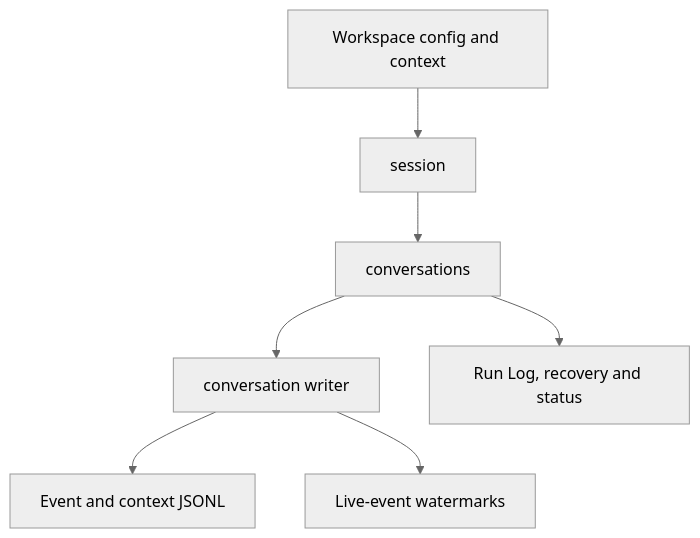
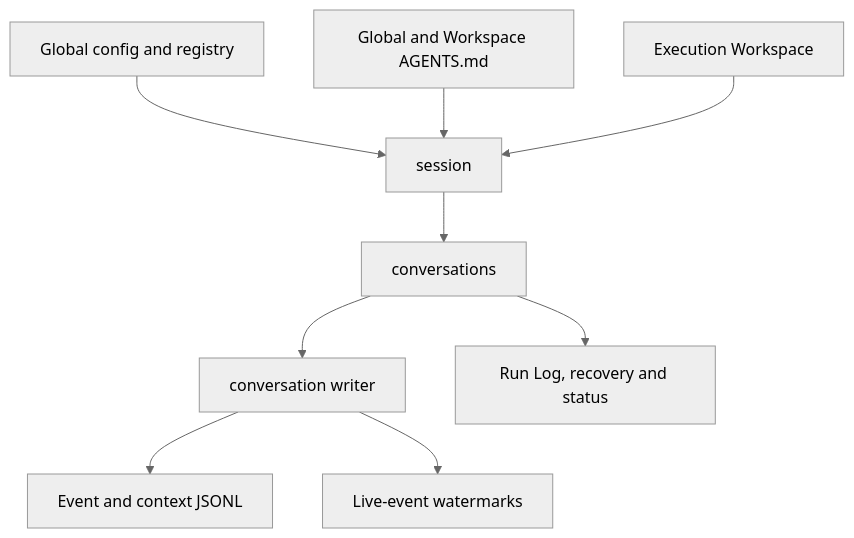
One commit to Open-Equilibrium/watershed changed the third of 3 diagrams in docs/architecture.md. Above: the diagram before and after it, drawn with Mermaid (neutral theme). The commit also changed other lines of this file and 85 other files, not shown here.

First line of the commit message:
flow-agent: use global configuration authority (#6)

````diff
--- a/docs/architecture.md
+++ b/docs/architecture.md
@@ -46,9 +46,11 @@
 ```mermaid
 flowchart TD
   S[session] --> C[conversations]
   C --> W[conversation writer]
   W --> J[Event and context JSONL]
   W --> L[Live-event watermarks]
   C --> Q[Run Log, recovery and status]
-  G[Workspace config and context] --> S
+  G[Global config and registry] --> S
+  A[Global and Workspace AGENTS.md] --> S
+  X[Execution Workspace] --> S
 ```
````
